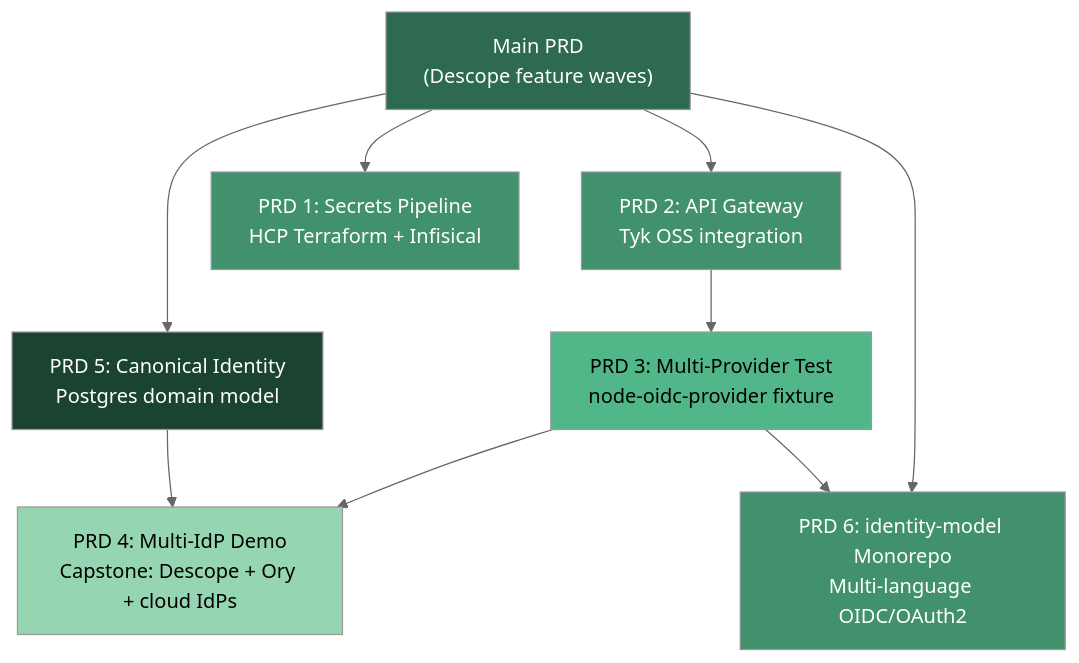
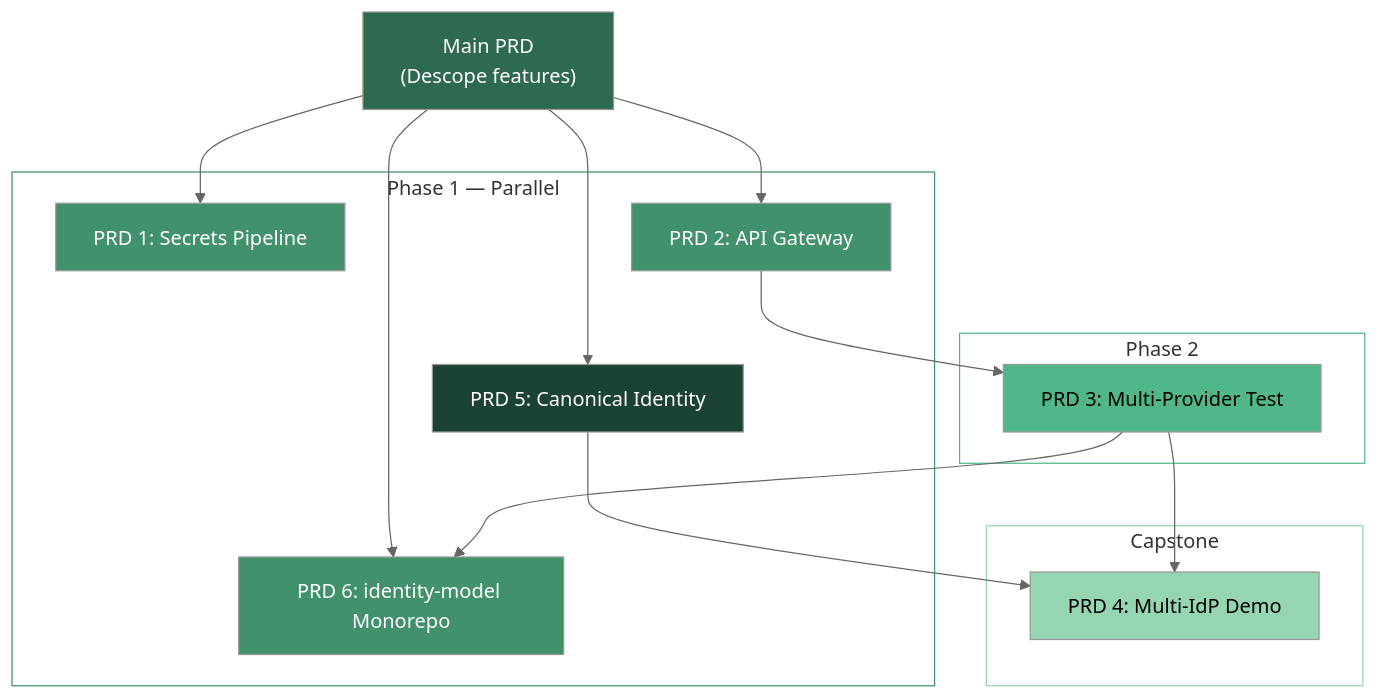
Before and after one commit to jamescrowley321/identity-stack-planning: the diagram in docs/roadmap.md, drawn with Mermaid (neutral theme). The commit also changed 4 other files, not shown here.

First line of the commit message:
docs: improve readability of all Mermaid diagrams

````diff
--- a/docs/roadmap.md
+++ b/docs/roadmap.md
@@ -19,27 +19,39 @@
 ```mermaid
 graph TD
-    MAIN["Main PRD<br/>(Descope feature waves)"]
-    PRD1["PRD 1: Secrets Pipeline<br/>HCP Terraform + Infisical"]
-    PRD2["PRD 2: API Gateway<br/>Tyk OSS integration"]
-    PRD3["PRD 3: Multi-Provider Test<br/>node-oidc-provider fixture"]
-    PRD4["PRD 4: Multi-IdP Demo<br/>Capstone: Descope + Ory + cloud IdPs"]
-    PRD5["PRD 5: Canonical Identity<br/>Postgres domain model"]
-    PRD6["PRD 6: identity-model Monorepo<br/>Multi-language OIDC/OAuth2"]
+    MAIN["Main PRD<br/>(Descope features)"]
 
-    MAIN --> PRD5
+    subgraph phase1["Phase 1 — Parallel"]
+        PRD1["PRD 1: Secrets Pipeline"]
+        PRD2["PRD 2: API Gateway"]
+        PRD5["PRD 5: Canonical Identity"]
+        PRD6["PRD 6: identity-model Monorepo"]
+    end
+
+    subgraph phase2["Phase 2"]
+        PRD3["PRD 3: Multi-Provider Test"]
+    end
+
+    subgraph capstone["Capstone"]
+        PRD4["PRD 4: Multi-IdP Demo"]
+    end
+
     MAIN --> PRD1
     MAIN --> PRD2
+    MAIN --> PRD5
+    MAIN --> PRD6
     PRD2 --> PRD3
     PRD3 --> PRD4
     PRD5 --> PRD4
-    MAIN --> PRD6
     PRD3 --> PRD6
 
     style MAIN fill:#2d6a4f,color:#fff
     style PRD5 fill:#1b4332,color:#fff
     style PRD1 fill:#40916c,color:#fff
     style PRD2 fill:#40916c,color:#fff
     style PRD3 fill:#52b788,color:#000
     style PRD4 fill:#95d5b2,color:#000
     style PRD6 fill:#40916c,color:#fff
+    style phase1 fill:none,stroke:#40916c
+    style phase2 fill:none,stroke:#52b788
+    style capstone fill:none,stroke:#95d5b2
 ```
````
